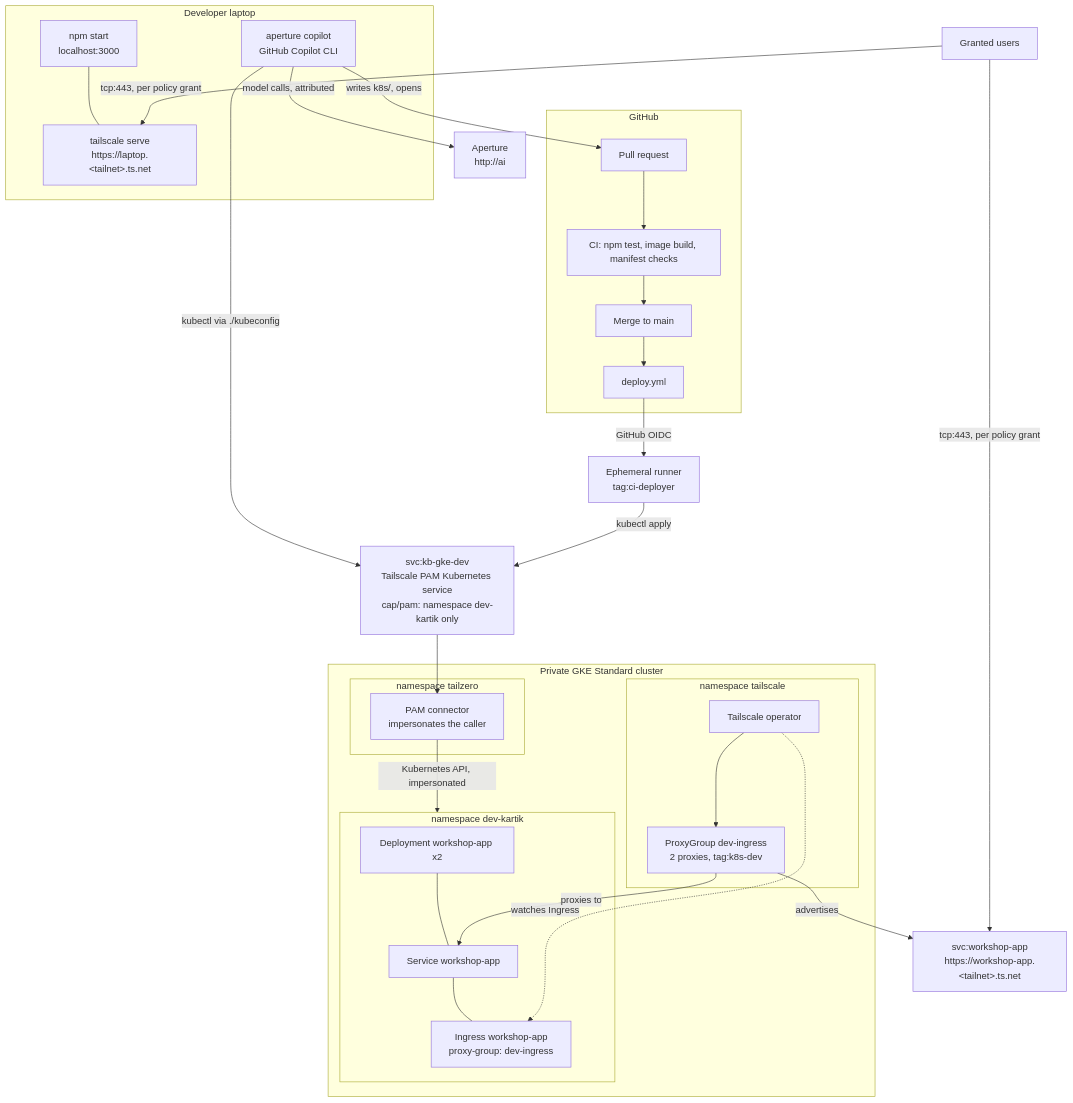
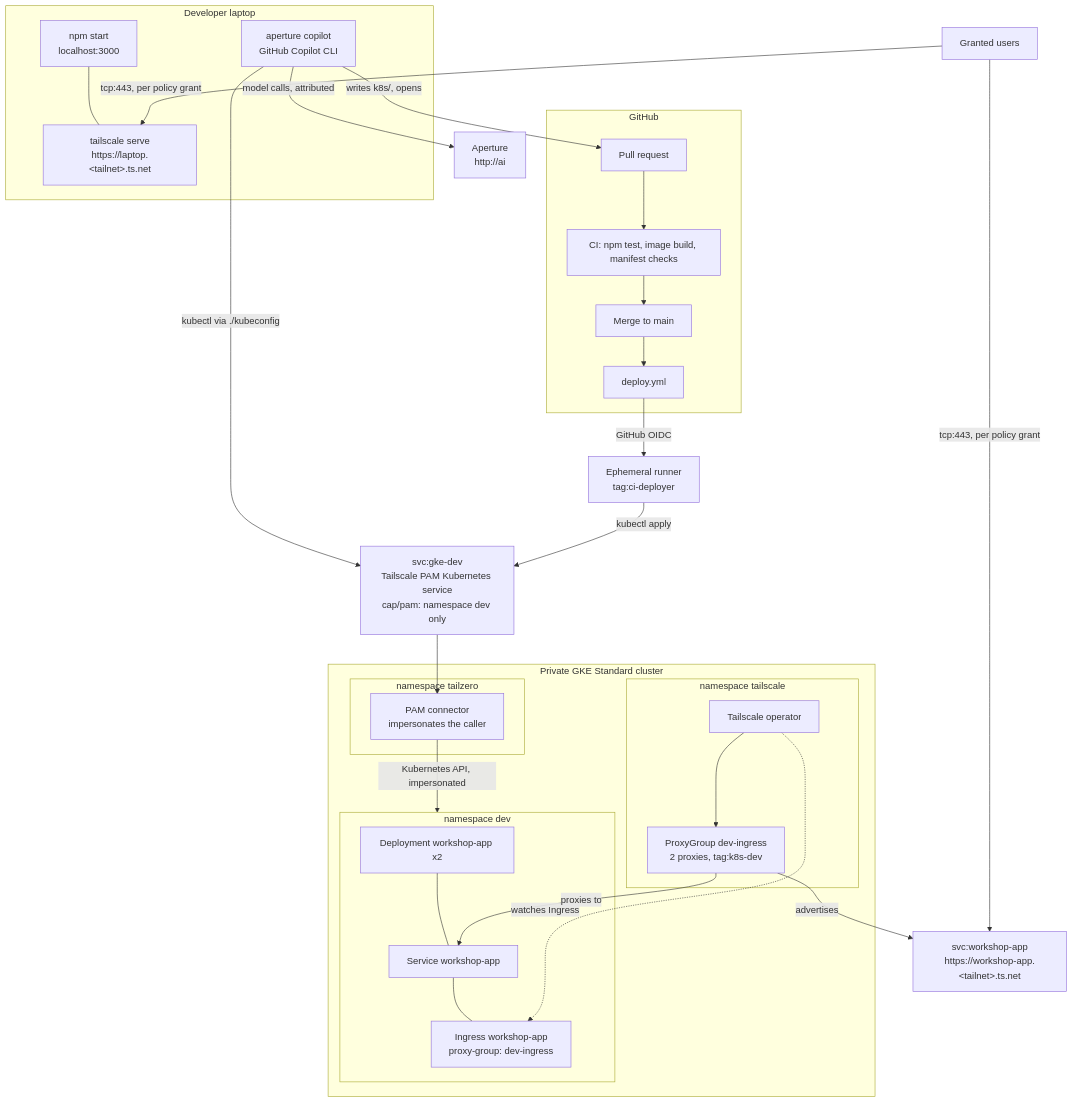
The diagram in README.md (kbpersonal/agentic-aided-deployment-workshop), drawn with Mermaid before and after one commit. The commit also changed other lines of this file and 13 other files, not shown here.

````diff
--- a/README.md
+++ b/README.md
@@ -20,52 +20,52 @@
 ```mermaid
 flowchart TB
   subgraph laptop["Developer laptop"]
     app["npm start<br/>localhost:3000"]
     serve["tailscale serve<br/>https://laptop.&lt;tailnet&gt;.ts.net"]
     copilot["aperture copilot<br/>GitHub Copilot CLI"]
     app --- serve
   end
 
   aperture["Aperture<br/>http://ai"]
 
   subgraph github["GitHub"]
     pr["Pull request"] --> ci["CI: npm test, image build, manifest checks"] --> merge["Merge to main"]
     merge --> deploy["deploy.yml"]
   end
 
   runner["Ephemeral runner<br/>tag:ci-deployer"]
-  pam["svc:kb-gke-dev<br/>Tailscale PAM Kubernetes service<br/>cap/pam: namespace dev-kartik only"]
+  pam["svc:gke-dev<br/>Tailscale PAM Kubernetes service<br/>cap/pam: namespace dev only"]
 
   subgraph gke["Private GKE Standard cluster"]
     subgraph ns0["namespace tailzero"]
       connector["PAM connector<br/>impersonates the caller"]
     end
-    subgraph ns1["namespace dev-kartik"]
+    subgraph ns1["namespace dev"]
       dep["Deployment workshop-app x2"]
       svc["Service workshop-app"]
       ing["Ingress workshop-app<br/>proxy-group: dev-ingress"]
       dep --- svc --- ing
     end
     subgraph ns2["namespace tailscale"]
       operator["Tailscale operator"]
       pg["ProxyGroup dev-ingress<br/>2 proxies, tag:k8s-dev"]
     end
   end
 
   tsvc["svc:workshop-app<br/>https://workshop-app.&lt;tailnet&gt;.ts.net"]
   team["Granted users"]
 
   copilot -- "model calls, attributed" --> aperture
   copilot -- "writes k8s/, opens" --> pr
   copilot -- "kubectl via ./kubeconfig" --> pam
   deploy -- "GitHub OIDC" --> runner
   runner -- "kubectl apply" --> pam
   pam --> connector
   connector -- "Kubernetes API, impersonated" --> ns1
   operator -. "watches Ingress" .-> ing
   operator --> pg
   pg -- "advertises" --> tsvc
   pg -- "proxies to" --> svc
   team -- "tcp:443, per policy grant" --> tsvc
   team -- "tcp:443, per policy grant" --> serve
 ```
````
